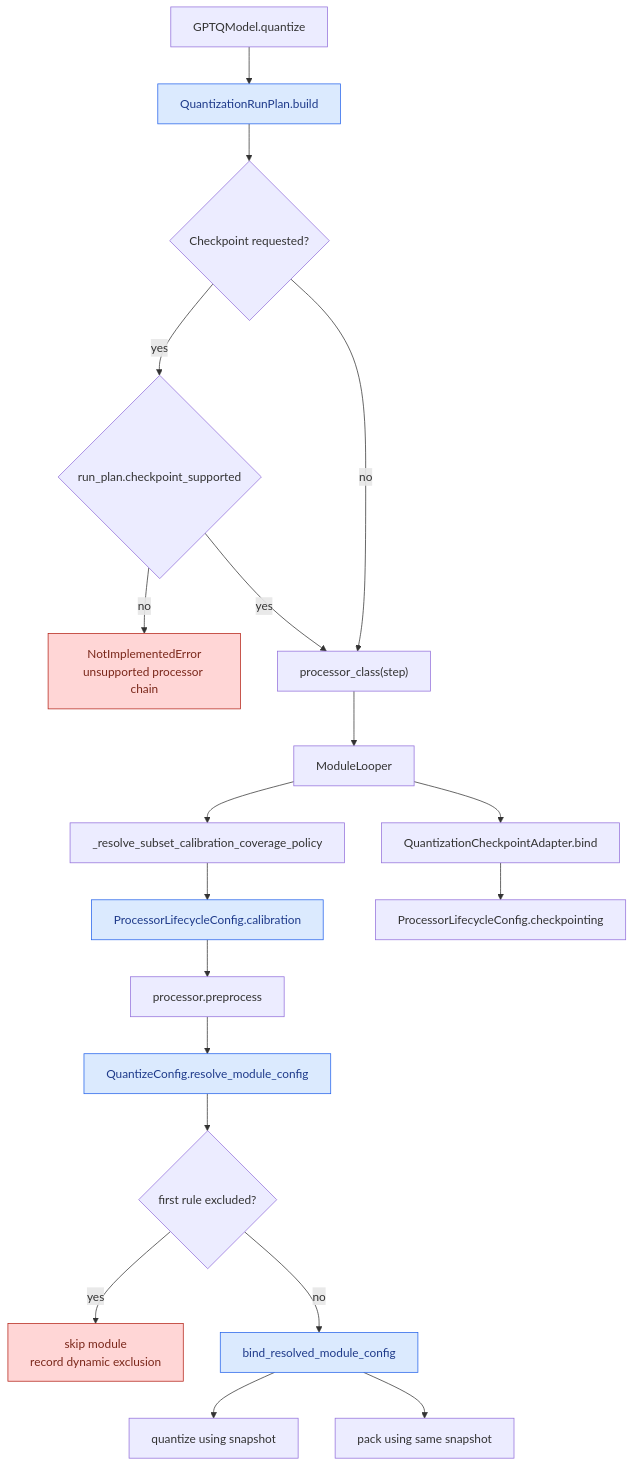
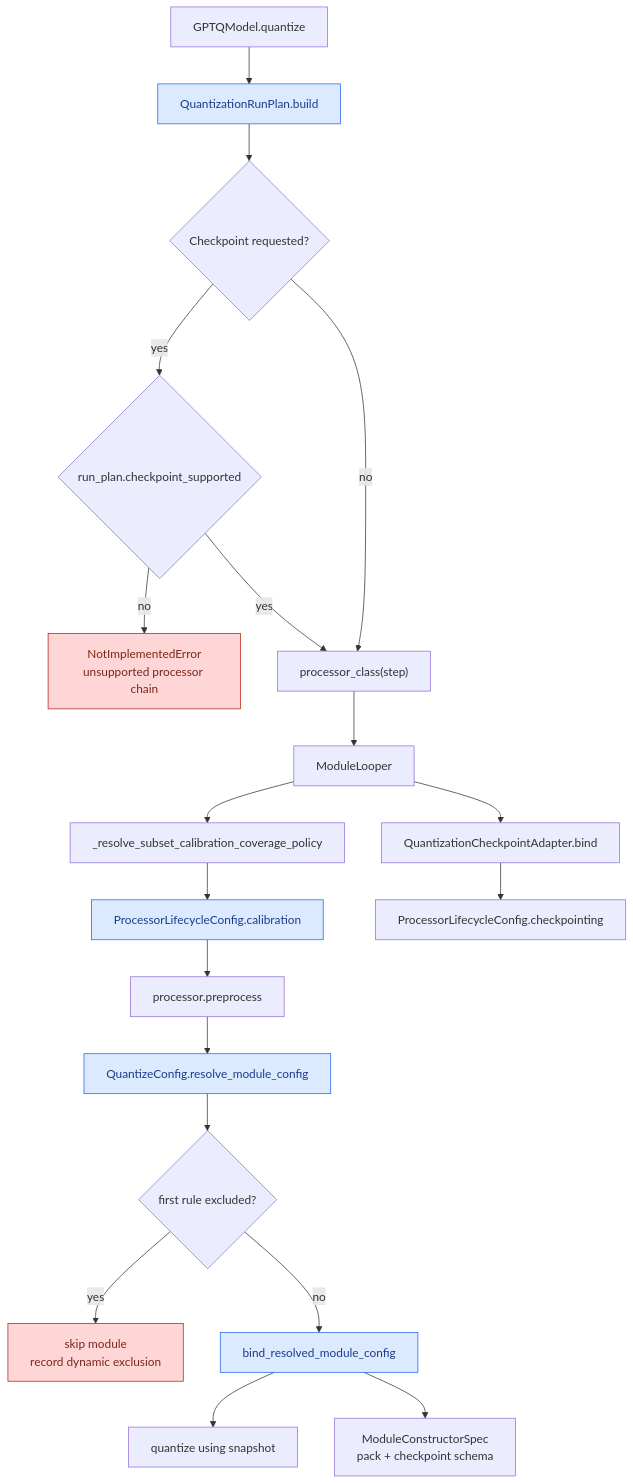
Before and after one commit to ModelCloud/GPTQModel: the diagram in docs/quantization-lifecycle-contracts.md, drawn with Mermaid. The commit also changed other lines of this file and 8 other files, not shown here.

First line of the commit message:
refactor(quantization): unify constructor spec and plan execution

````diff
--- a/docs/quantization-lifecycle-contracts.md
+++ b/docs/quantization-lifecycle-contracts.md
@@ -30,26 +32,26 @@
 ```mermaid
 flowchart TD
     A["GPTQModel.quantize"] --> B["QuantizationRunPlan.build"]
     B --> C{"Checkpoint requested?"}
     C -- yes --> D{"run_plan.checkpoint_supported"}
     D -- no --> X1["NotImplementedError<br/>unsupported processor chain"]
     D -- yes --> E["processor_class(step)"]
     C -- no --> E
     E --> F["ModuleLooper"]
     F --> G["_resolve_subset_calibration_coverage_policy"]
     G --> H["ProcessorLifecycleConfig.calibration"]
     H --> I["processor.preprocess"]
     I --> J["QuantizeConfig.resolve_module_config"]
     J --> K{"first rule excluded?"}
     K -- yes --> X2["skip module<br/>record dynamic exclusion"]
     K -- no --> L["bind_resolved_module_config"]
     L --> M["quantize using snapshot"]
-    L --> N["pack using same snapshot"]
+    L --> N["ModuleConstructorSpec<br/>pack + checkpoint schema"]
     F --> O["QuantizationCheckpointAdapter.bind"]
     O --> P["ProcessorLifecycleConfig.checkpointing"]
 
     classDef failure fill:#ffd6d6,stroke:#b42318,color:#7a271a;
     classDef contract fill:#dbeafe,stroke:#2563eb,color:#1e3a8a;
     class X1,X2 failure;
     class B,H,J,L contract;
 ```
````
